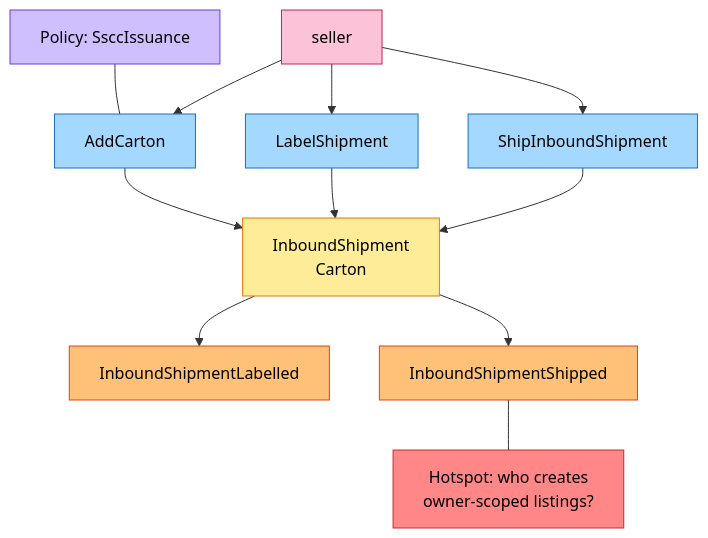
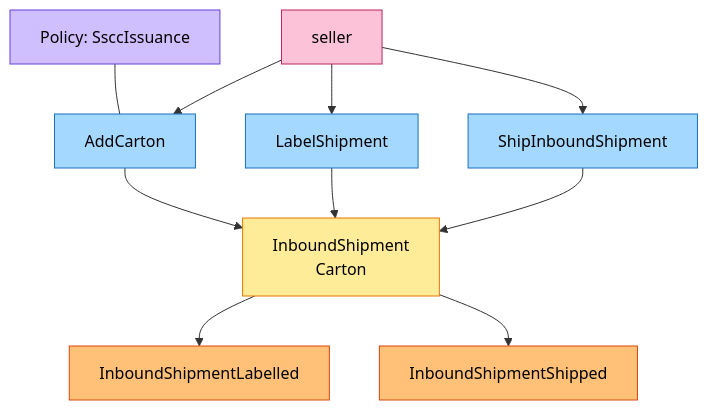
The second of 3 diagrams in docs/docs/ddd/eventstorming.md (IQVO/seller-inbound), drawn with Mermaid before and after one commit. The commit also changed other lines of this file and 1 other file, not shown here.

Commit message:
docs(seller-inbound): close the G51 hotspot (InboundShipmentReceived carries received per item, ADR 0014)

````diff
--- a/docs/docs/ddd/eventstorming.md
+++ b/docs/docs/ddd/eventstorming.md
@@ -54,24 +54,22 @@
 ```mermaid
 flowchart TB
     S["seller"]:::external
     C2["AddCarton"]:::command
     P1["Policy: SsccIssuance"]:::policy
     G2["InboundShipment<br/>Carton"]:::aggregate
     C3["LabelShipment"]:::command
     E2["InboundShipmentLabelled"]:::event
     C4["ShipInboundShipment"]:::command
     E3["InboundShipmentShipped"]:::event
-    H1["Hotspot: who creates<br/>owner-scoped listings?"]:::hotspot
     S --> C2 --> G2
     P1 --- C2
     S --> C3 --> G2 --> E2
     S --> C4 --> G2 --> E3
-    E3 --- H1
     classDef command fill:#a5d8ff,stroke:#1971c2,color:#000
     classDef aggregate fill:#ffec99,stroke:#e67700,color:#000
     classDef event fill:#ffc078,stroke:#d9480f,color:#000
     classDef policy fill:#d0bfff,stroke:#6741d9,color:#000
     classDef readmodel fill:#b2f2bb,stroke:#2f9e44,color:#000
     classDef external fill:#fcc2d7,stroke:#c2255c,color:#000
     classDef hotspot fill:#ff8787,stroke:#c92a2a,color:#000
 ```
````
